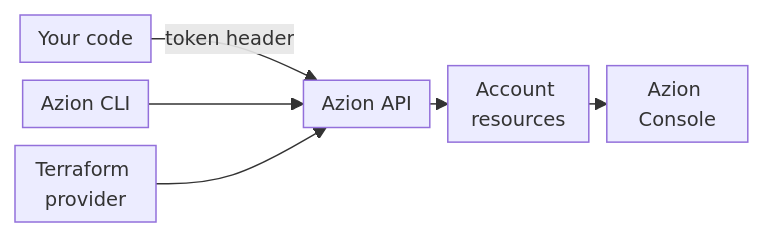
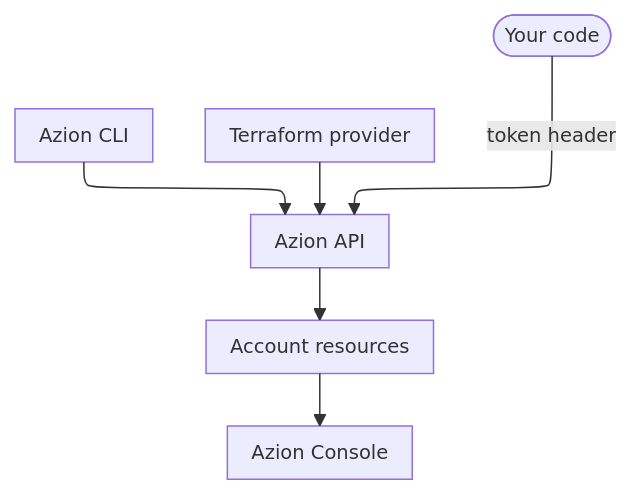
Before and after one commit to aziontech/docs: the diagram in apps/docs/src/content/docs/en/pages/main-menu/additional-resources/developer-tools/getting-started-api.mdx, drawn with Mermaid. The commit also changed 179 other files, not shown here.

Commit message:
docs(diagrams): redraw every other diagram in the use-case diagram style (#2513)

````diff
--- a/apps/docs/src/content/docs/en/pages/main-menu/additional-resources/developer-tools/getting-started-api.mdx
+++ b/apps/docs/src/content/docs/en/pages/main-menu/additional-resources/developer-tools/getting-started-api.mdx
@@ -67,9 +67,9 @@
 ```mermaid
-%%{init: {"layout": "dagre", "themeVariables": {"fontSize": "13px"}, "flowchart": {"nodeSpacing": 12, "rankSpacing": 12, "padding": 6, "wrappingWidth": 70, "minNodeWidth": 40, "useMaxWidth": true}}}%%
-flowchart LR
-  Code["Your code"] -->|"token header"| Api["Azion API"]
+%%{init: {"layout": "elk", "themeVariables": {"fontSize": "13px"}, "flowchart": {"nodeSpacing": 24, "rankSpacing": 36, "padding": 8, "wrappingWidth": 150, "useMaxWidth": true}, "sequence": {"width": 120, "actorMargin": 30, "useMaxWidth": true}}}%%
+flowchart TD
+  Code(["Your code"]) -->|"token header"| Api["Azion API"]
   Cli["Azion CLI"] --> Api
   Tf["Terraform provider"] --> Api
   Api --> Res["Account resources"]
   Res --> Con["Azion Console"]
 ```
````
